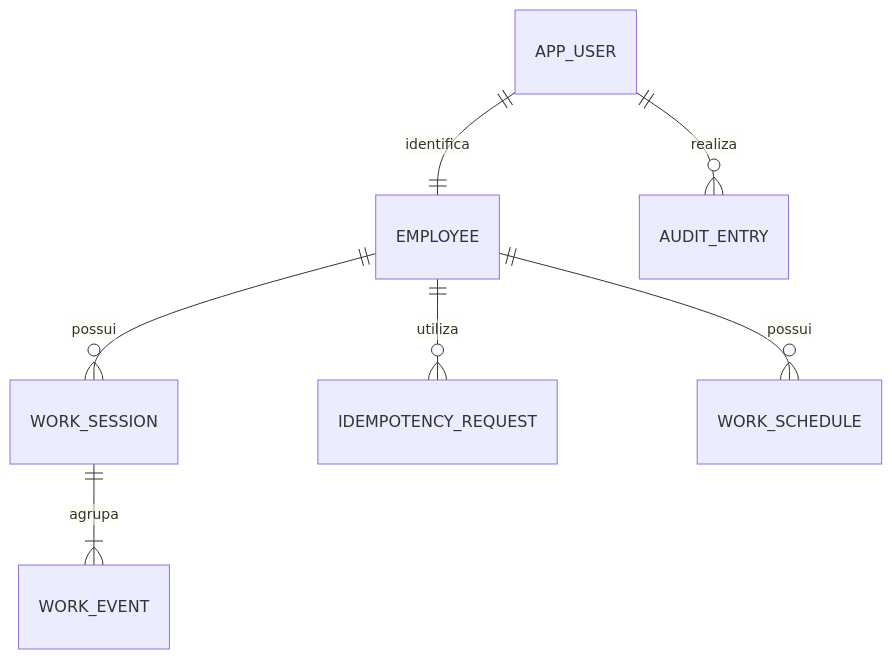
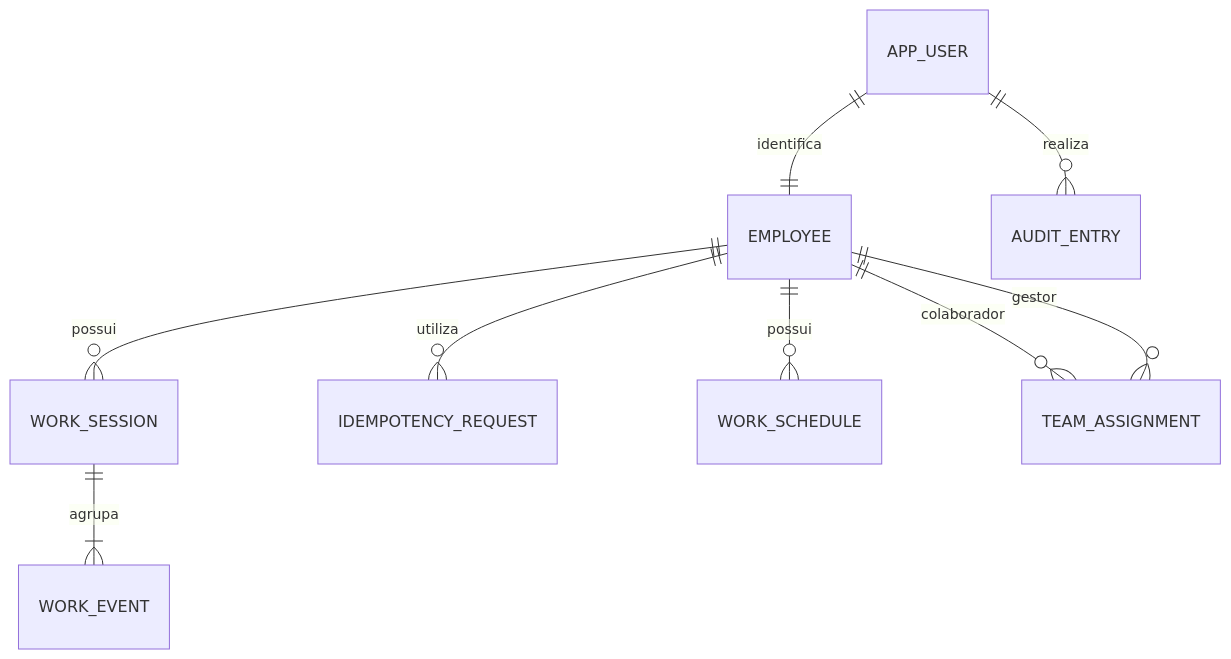
The diagram in docs/arquitetura.md (Juliarezende521/Plataforma-Jornada-Trabalho), drawn with Mermaid before and after one commit. The commit also changed other lines of this file and 46 other files, not shown here.

````diff
--- a/docs/arquitetura.md
+++ b/docs/arquitetura.md
@@ -31,9 +31,11 @@
 ```mermaid
 erDiagram
     APP_USER ||--|| EMPLOYEE : identifica
     EMPLOYEE ||--o{ WORK_SESSION : possui
     WORK_SESSION ||--|{ WORK_EVENT : agrupa
     EMPLOYEE ||--o{ IDEMPOTENCY_REQUEST : utiliza
     APP_USER ||--o{ AUDIT_ENTRY : realiza
     EMPLOYEE ||--o{ WORK_SCHEDULE : possui
+    EMPLOYEE ||--o{ TEAM_ASSIGNMENT : colaborador
+    EMPLOYEE ||--o{ TEAM_ASSIGNMENT : gestor
 ```
````
